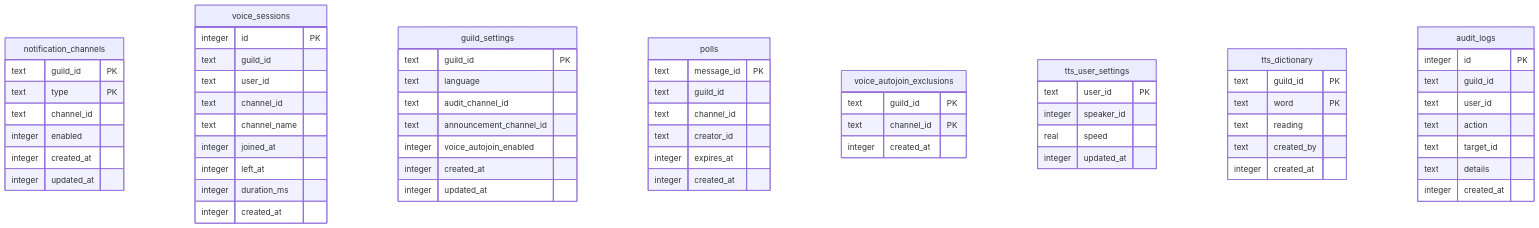
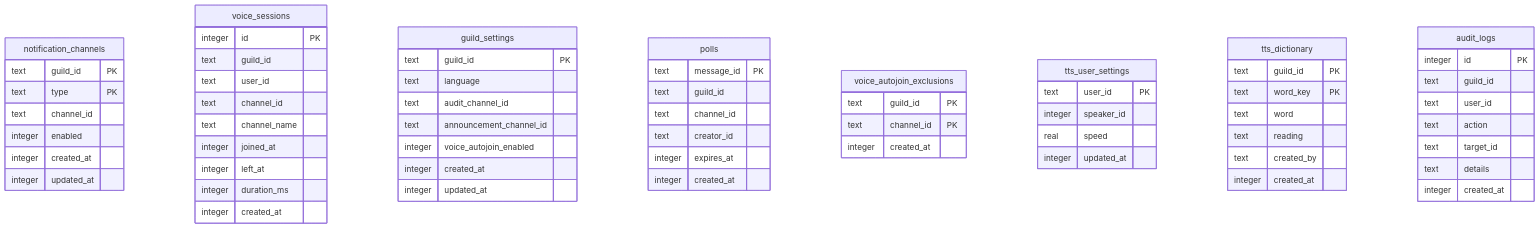
The diagram in docs/database.md (iam74k4/Bot-Discord), drawn with Mermaid before and after one commit. The commit also changed other lines of this file and 20 other files, not shown here.

````diff
--- a/docs/database.md
+++ b/docs/database.md
@@ -300,73 +306,74 @@
 ```mermaid
 erDiagram
     notification_channels {
         text guild_id PK
         text type PK
         text channel_id
         integer enabled
         integer created_at
         integer updated_at
     }
 
     voice_sessions {
         integer id PK
         text guild_id
         text user_id
         text channel_id
         text channel_name
         integer joined_at
         integer left_at
         integer duration_ms
         integer created_at
     }
 
     guild_settings {
         text guild_id PK
         text language
         text audit_channel_id
         text announcement_channel_id
         integer voice_autojoin_enabled
         integer created_at
         integer updated_at
     }
 
     polls {
         text message_id PK
         text guild_id
         text channel_id
         text creator_id
         integer expires_at
         integer created_at
     }
 
     voice_autojoin_exclusions {
         text guild_id PK
         text channel_id PK
         integer created_at
     }
 
     tts_user_settings {
         text user_id PK
         integer speaker_id
         real speed
         integer updated_at
     }
 
     tts_dictionary {
         text guild_id PK
-        text word PK
+        text word_key PK
+        text word
         text reading
         text created_by
         integer created_at
     }
 
     audit_logs {
         integer id PK
         text guild_id
         text user_id
         text action
         text target_id
         text details
         integer created_at
     }
 ```
````
